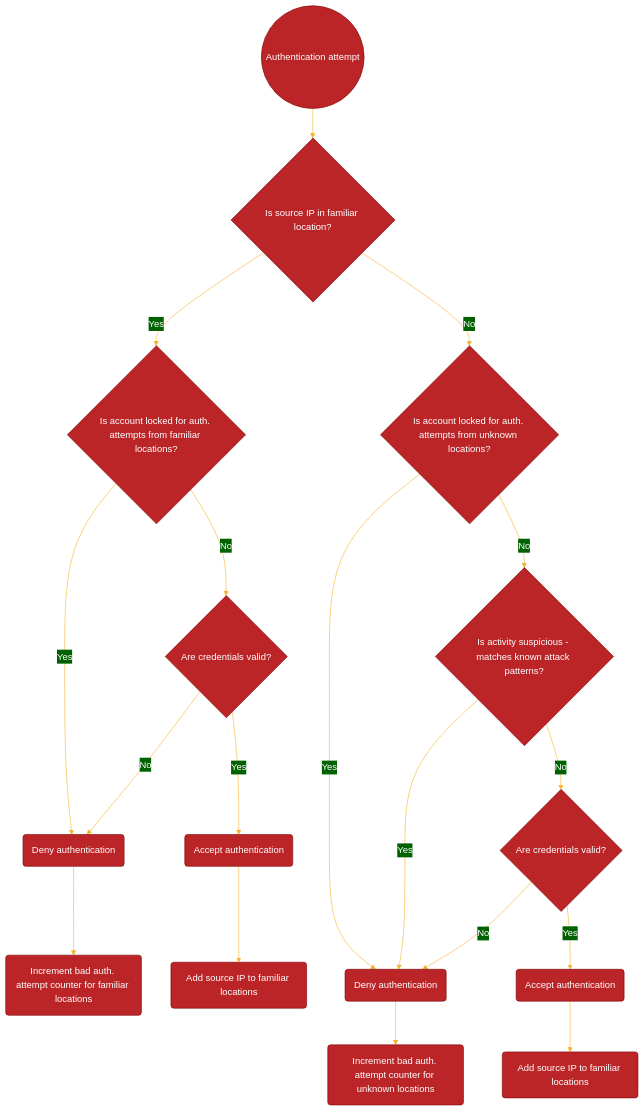
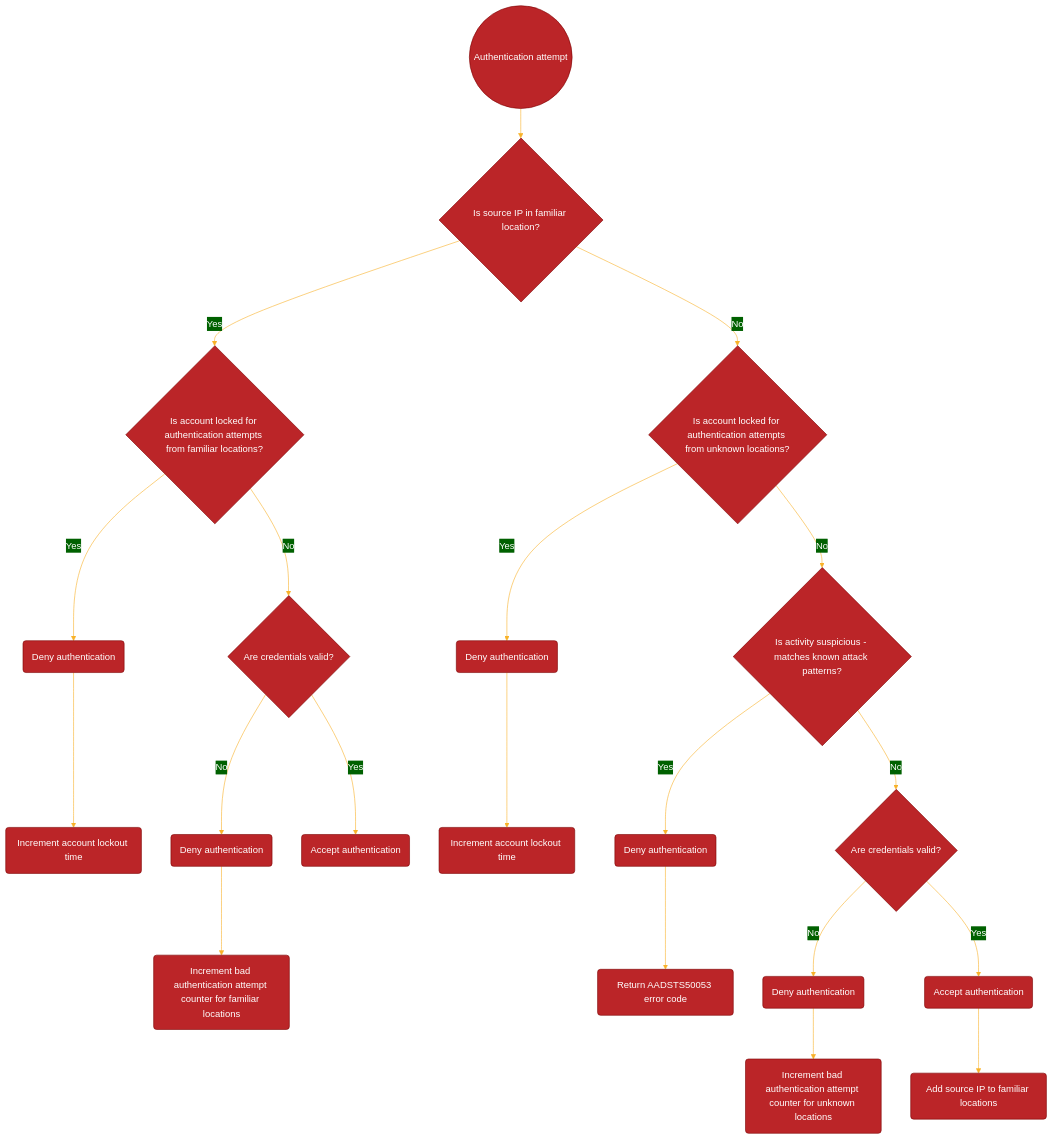
Before and after one commit to lucas-ko/lucas-ko.github.io: the diagram in _posts/2024-11-24-Entra-ID-Smart-Lockout.md, drawn with Mermaid.

````diff
--- a/_posts/2024-11-24-Entra-ID-Smart-Lockout.md
+++ b/_posts/2024-11-24-Entra-ID-Smart-Lockout.md
@@ -32,48 +32,55 @@
 ```mermaid
 %%{
   init: {
     'theme': 'base',
     'themeVariables': {
       'primaryColor': '#BB2528',
       'primaryTextColor': '#fff',
       'primaryBorderColor': '#7C0000',
       'lineColor': '#F8B229',
       'secondaryColor': '#006100',
       'tertiaryColor': '#fff'
     }
   }
 }%%
 flowchart TD
     Start@{ shape: circle, label: "Authentication attempt" }
     Is_IPFamiliar@{ shape: diamond, label: "Is source IP in familiar location?" }
-    Fam_Is_AccountLocked@{ shape: diamond, label: "Is account locked for auth. attempts from familiar locations?" }
-    Unfam_Is_AccountLocked@{ shape: diamond, label: "Is account locked for auth. attempts from unknown locations?" }
-    Fam_Deny@{ shape: rounded, label: "Deny authentication" }
-    Unfam_Deny@{ shape: rounded, label: "Deny authentication" }
-    Unfam_CredsOK@{ shape: diamond, label: "Are credentials valid?" }
+    Fam_Is_AccountLocked@{ shape: diamond, label: "Is account locked for authentication attempts from familiar locations?" }
     Fam_CredsOK@{ shape: diamond, label: "Are credentials valid?" }
     Fam_AllowAuth@{ shape: rounded, label: "Accept authentication" }
+    Fam_Deny@{ shape: rounded, label: "Deny authentication" }
+    Fam_DenyTimer@{ shape: rounded, label: "Deny authentication" }
+    Fam_IncrementCounter@{ shape: rounded, label: "Increment bad authentication attempt counter for familiar locations" }
+    Fam_IncrementTimer@{ shape: rounded, label: "Increment account lockout time" }
+    Unfam_Is_AccountLocked@{ shape: diamond, label: "Is account locked for authentication attempts from unknown locations?" }
+    Unfam_Deny@{ shape: rounded, label: "Deny authentication" }
+    Unfam_DenyTimer@{ shape: rounded, label: "Deny authentication" }
+    Unfam_DenySuspicious@{ shape: rounded, label: "Deny authentication" }
+    Unfam_AADSTSCode@{ shape: rounded, label: "Return AADSTS50053 error code" }
+    Unfam_CredsOK@{ shape: diamond, label: "Are credentials valid?" }
     Unfam_AllowAuth@{ shape: rounded, label: "Accept authentication" }
-    Fam_AddIP@{ shape: rounded, label: "Add source IP to familiar locations" }
     Unfam_AddIP@{ shape: rounded, label: "Add source IP to familiar locations" }
-    Fam_IncrementCounter@{ shape: rounded, label: "Increment bad auth. attempt counter for familiar locations" }
-    Unfam_IncrementCounter@{ shape: rounded, label: "Increment bad auth. attempt counter for unknown locations" }
+    Unfam_IncrementCounter@{ shape: rounded, label: "Increment bad authentication attempt counter for unknown locations" }
+    Unfam_IncrementTimer@{ shape: rounded, label: "Increment account lockout time" }
     Unfam_Is_Suspicious@{ shape: diamond, label: "Is activity suspicious - matches known attack patterns?" }
 Start --> Is_IPFamiliar
 Is_IPFamiliar-->|Yes|Fam_Is_AccountLocked
 Is_IPFamiliar-->|No|Unfam_Is_AccountLocked
-Fam_Is_AccountLocked-->|Yes|Fam_Deny
+Fam_Is_AccountLocked-->|Yes|Fam_DenyTimer
 Fam_Is_AccountLocked-->|No|Fam_CredsOK
 Fam_CredsOK-->|No|Fam_Deny
 Fam_CredsOK-->|Yes|Fam_AllowAuth
-Fam_AllowAuth-->Fam_AddIP
+Fam_DenyTimer-->Fam_IncrementTimer
 Fam_Deny-->Fam_IncrementCounter
-Unfam_Is_AccountLocked-->|Yes|Unfam_Deny
+Unfam_Is_AccountLocked-->|Yes|Unfam_DenyTimer
 Unfam_Is_AccountLocked-->|No|Unfam_Is_Suspicious
-Unfam_Is_Suspicious-->|Yes|Unfam_Deny
+Unfam_Is_Suspicious-->|Yes|Unfam_DenySuspicious
 Unfam_Is_Suspicious-->|No|Unfam_CredsOK
 Unfam_CredsOK-->|No|Unfam_Deny
 Unfam_CredsOK-->|Yes|Unfam_AllowAuth
 Unfam_AllowAuth-->Unfam_AddIP
+Unfam_DenyTimer-->Unfam_IncrementTimer
 Unfam_Deny-->Unfam_IncrementCounter
+Unfam_DenySuspicious-->Unfam_AADSTSCode
 ```
````
